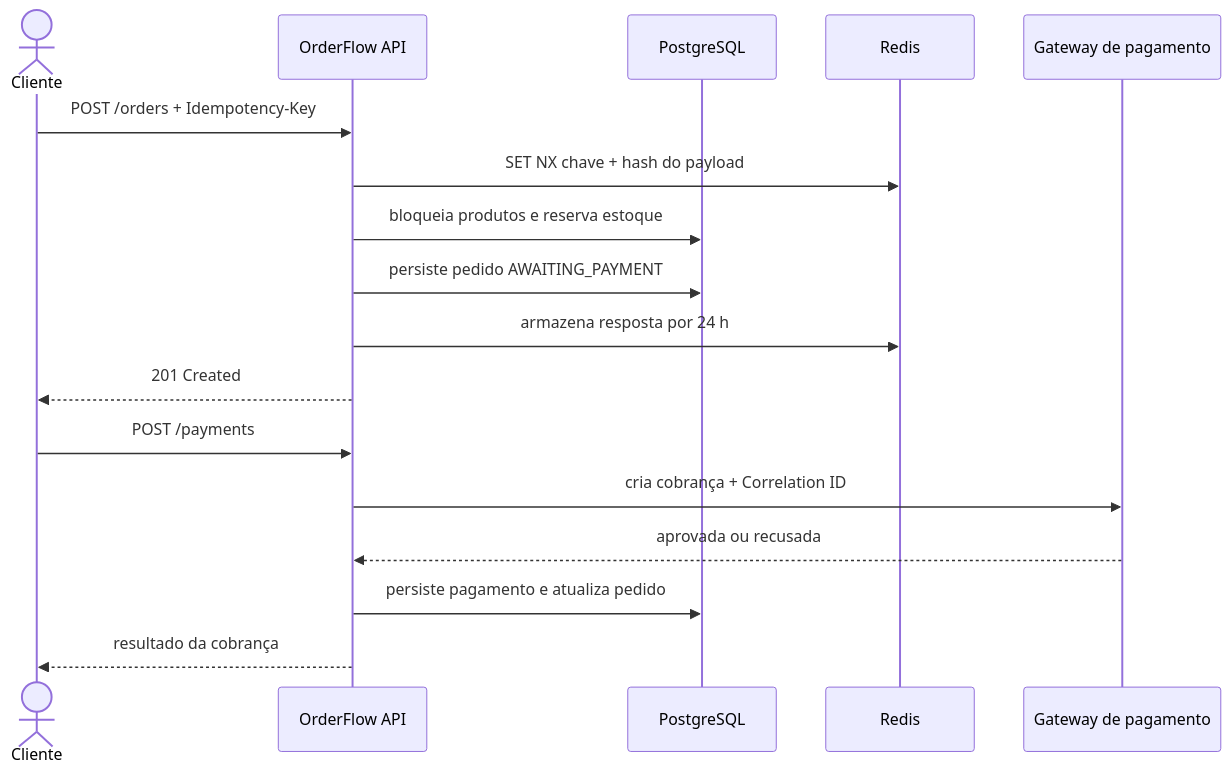
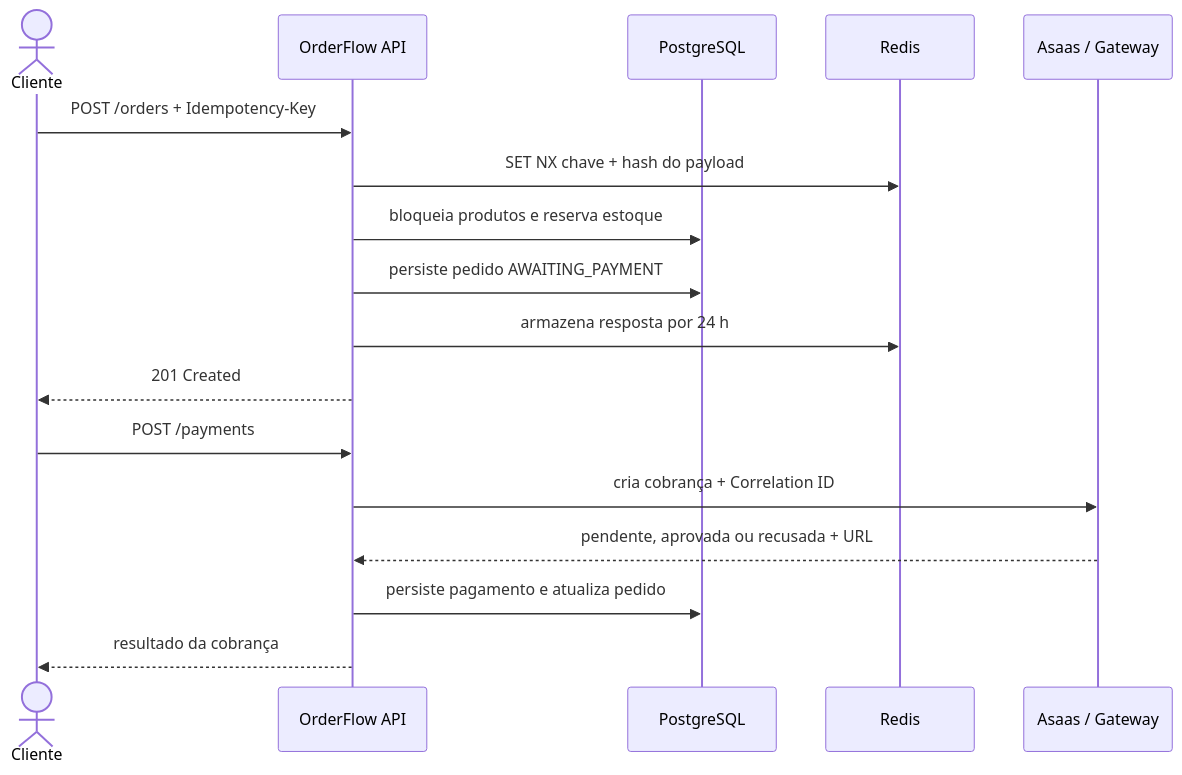
Before and after one commit to OliveiratheDev/order-flow: the first of 3 diagrams in docs/PROJECT_OVERVIEW.md, drawn with Mermaid. The commit also changed other lines of this file and 4 other files, not shown here.

````diff
--- a/docs/PROJECT_OVERVIEW.md
+++ b/docs/PROJECT_OVERVIEW.md
@@ -11,20 +11,20 @@
 ```mermaid
 sequenceDiagram
     actor Cliente
     participant API as OrderFlow API
     participant DB as PostgreSQL
     participant Redis
-    participant Gateway as Gateway de pagamento
+    participant Gateway as Asaas / Gateway
 
     Cliente->>API: POST /orders + Idempotency-Key
     API->>Redis: SET NX chave + hash do payload
     API->>DB: bloqueia produtos e reserva estoque
     API->>DB: persiste pedido AWAITING_PAYMENT
     API->>Redis: armazena resposta por 24 h
     API-->>Cliente: 201 Created
     Cliente->>API: POST /payments
     API->>Gateway: cria cobrança + Correlation ID
-    Gateway-->>API: aprovada ou recusada
+    Gateway-->>API: pendente, aprovada ou recusada + URL
     API->>DB: persiste pagamento e atualiza pedido
     API-->>Cliente: resultado da cobrança
 ```
````
